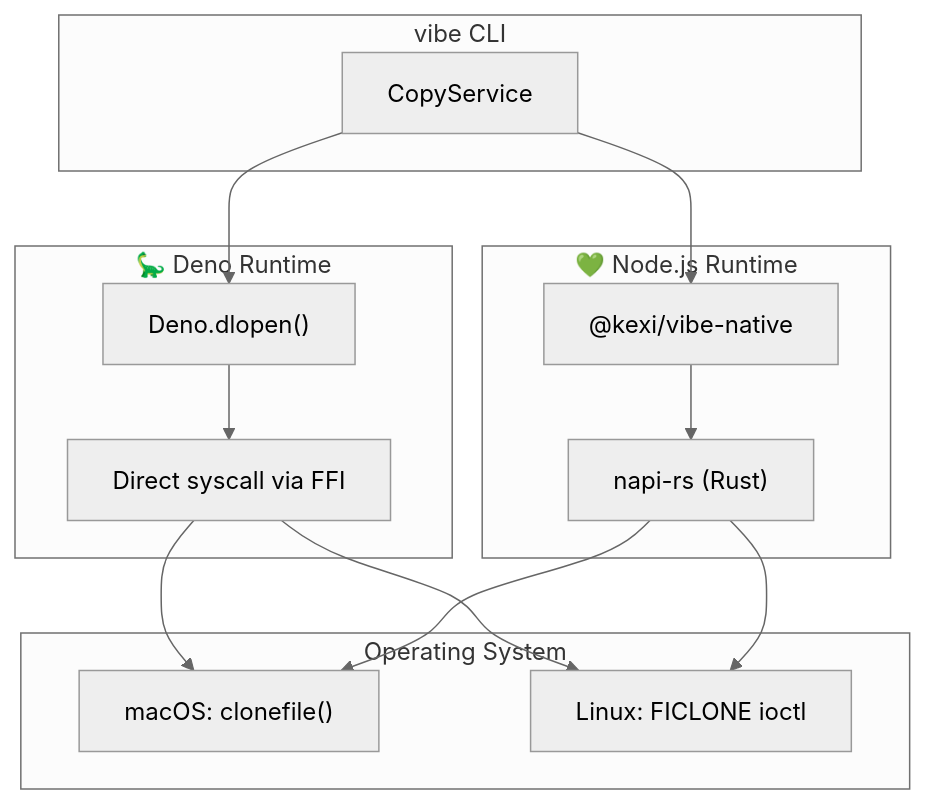
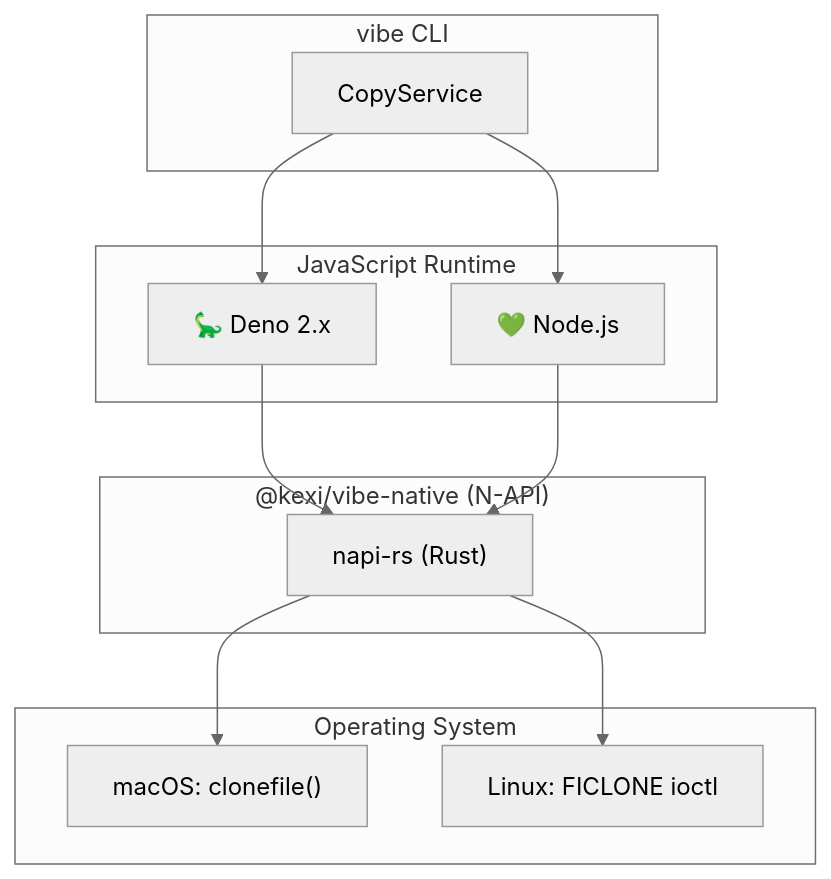
Before and after one commit to kexi/vibe: the diagram in docs/specifications/native-clone.md, drawn with Mermaid (neutral theme). The commit also changed other lines of this file and 2 other files, not shown here.

First line of the commit message:
docs: update native-clone specification for unified N-API

````diff
--- a/docs/specifications/native-clone.md
+++ b/docs/specifications/native-clone.md
@@ -27,30 +29,27 @@
 ```mermaid
 flowchart TD
     subgraph App["vibe CLI"]
         CopyService["CopyService"]
     end
 
-    subgraph Deno["🦕 Deno Runtime"]
-        DenoFFI["Deno.dlopen()"]
-        DenoSyscall["Direct syscall via FFI"]
+    subgraph Runtime["JavaScript Runtime"]
+        Deno["🦕 Deno 2.x"]
+        Node["💚 Node.js"]
     end
 
-    subgraph Node["💚 Node.js Runtime"]
-        NativeAddon["@kexi/vibe-native"]
+    subgraph Native["@kexi/vibe-native (N-API)"]
         NapiRs["napi-rs (Rust)"]
     end
 
     subgraph OS["Operating System"]
         Darwin["macOS: clonefile()"]
         Linux["Linux: FICLONE ioctl"]
     end
 
-    CopyService --> DenoFFI
-    CopyService --> NativeAddon
-    DenoFFI --> DenoSyscall
-    DenoSyscall --> Darwin
-    DenoSyscall --> Linux
-    NativeAddon --> NapiRs
+    CopyService --> Deno
+    CopyService --> Node
+    Deno --> NapiRs
+    Node --> NapiRs
     NapiRs --> Darwin
     NapiRs --> Linux
 ```
````
